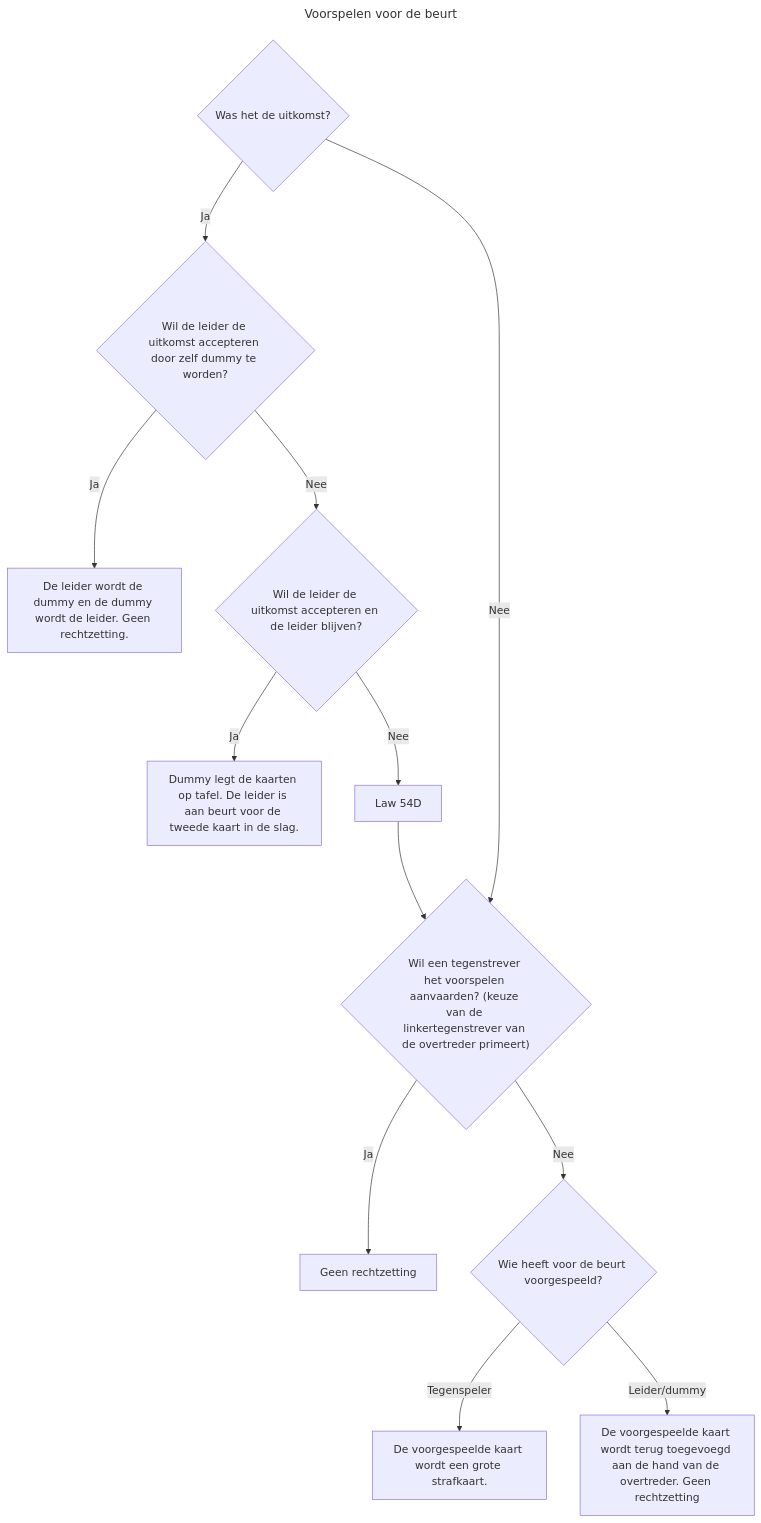
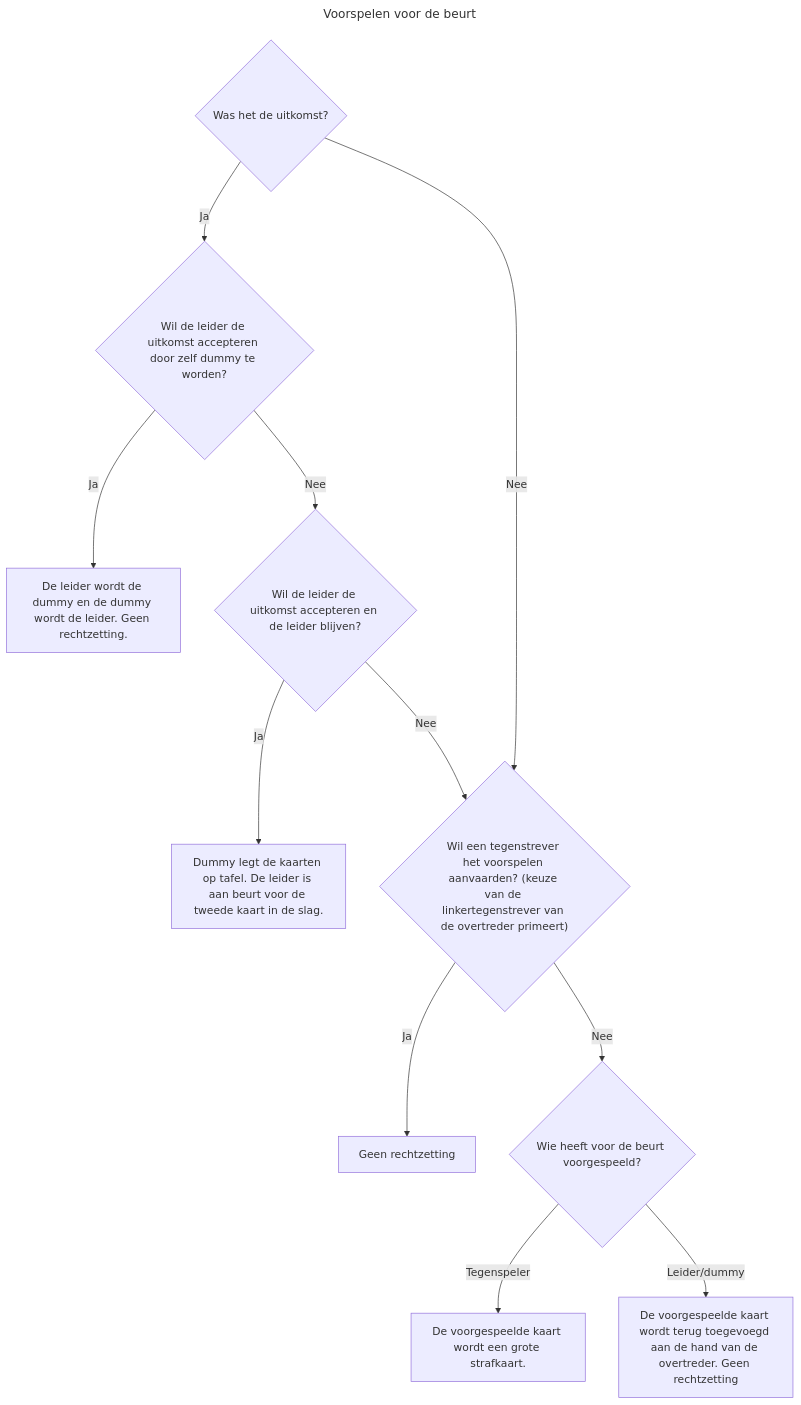
The diagram in voorspelen-voor-de-beurt.md (tcorneli/CTL-instructies), drawn with Mermaid before and after one commit.

Commit message:
Simplify decision flow in voorspelen-voor-de-beurt.md

````diff
--- a/voorspelen-voor-de-beurt.md
+++ b/voorspelen-voor-de-beurt.md
@@ -1,18 +1,17 @@
 ```mermaid
 ---
 title: Voorspelen voor de beurt
 ---
 graph TD
     A{Was het de uitkomst?}
     A -->|Ja| B{Wil de leider de uitkomst accepteren door zelf dummy te worden?}
     B -->|Ja| C[De leider wordt de dummy en de dummy wordt de leider. Geen rechtzetting.]
     B -->|Nee| D{Wil de leider de uitkomst accepteren en de leider blijven?}
     D -->|Ja| E[Dummy legt de kaarten op tafel. De leider is aan beurt voor de tweede kaart in de slag.]
-    D -->|Nee| F[Law 54D]
-    F --> G
+    D -->|Nee| G
     A -->|Nee| G{"Wil een tegenstrever het voorspelen aanvaarden? (keuze van de linkertegenstrever van de overtreder primeert)"}
     G -->|Ja| H[Geen rechtzetting]
     G -->|Nee| I{Wie heeft voor de beurt voorgespeeld?}
     I -->|Tegenspeler| J[De voorgespeelde kaart wordt een grote strafkaart.]
     I -->|Leider/dummy| K[De voorgespeelde kaart wordt terug toegevoegd aan de hand van de overtreder. Geen rechtzetting]
 ```
````
